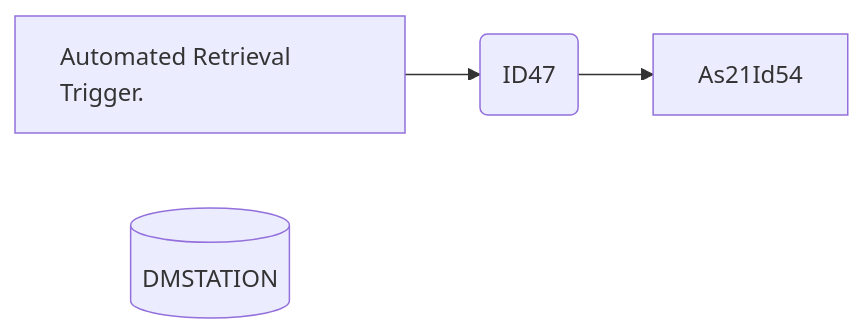
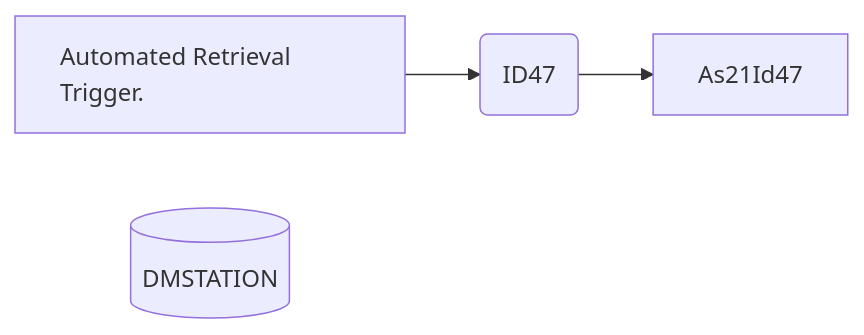
One commit to luthfiadityaa/SimeDarby-Wiki changed the second of 13 diagrams in Basic-Design/DFD-WMS/Retrieval/Stacked-Empty-Pallet.md. Above: the diagram before and after it, drawn with Mermaid.

Commit message:
Updated Stacked Empty Pallet

```diff
--- a/Basic-Design/DFD-WMS/Retrieval/Stacked-Empty-Pallet.md
+++ b/Basic-Design/DFD-WMS/Retrieval/Stacked-Empty-Pallet.md
@@ -51,18 +51,18 @@
 ::: mermaid
 flowchart LR
     input[
         Automated Retrieval Trigger.      
     ]
 
     id66msg("
      ID47
     ")
     tableList-update[("
         DMSTATION
     ")]
 
-    input -->id66msg-->As21Id54
+    input -->id66msg-->As21Id47
 
     classDef leftAlign text-align:left;
     class input leftAlign;
 :::
```
